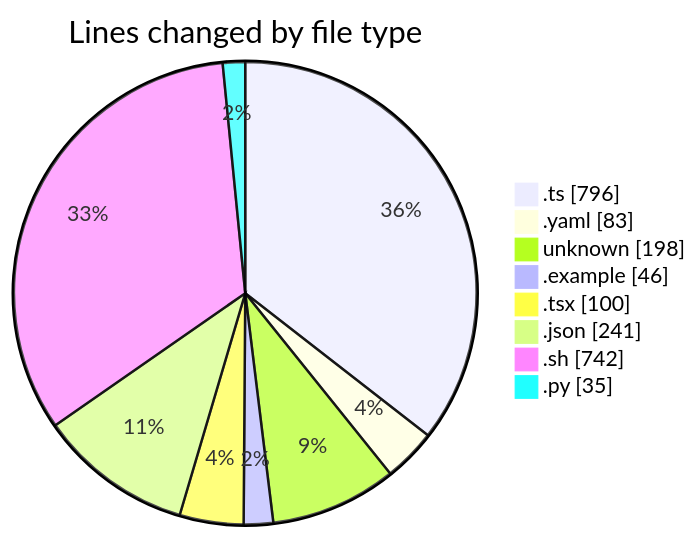
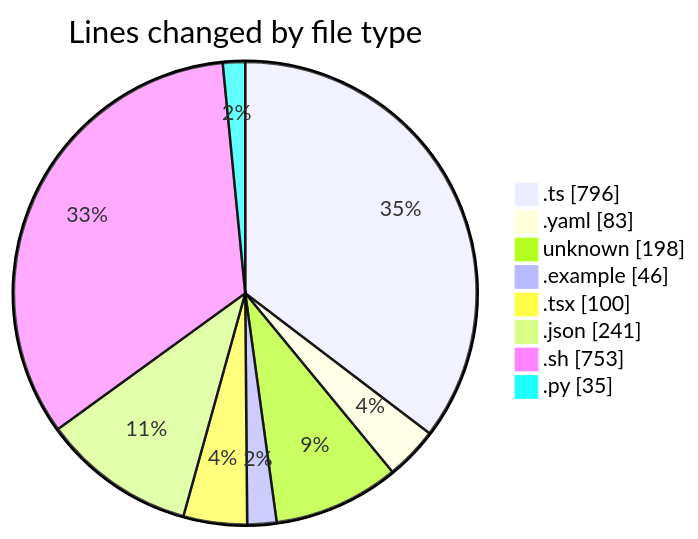
Before and after one commit to mevix1/code-tracking: the first of 2 diagrams in 2025-10-01/open-health/README.md, drawn with Mermaid. The commit also changed other lines of this file and 1 other file, not shown here.

````diff
--- a/2025-10-01/open-health/README.md
+++ b/2025-10-01/open-health/README.md
@@ -56,12 +57,12 @@
 ```mermaid
 pie showData
 title Lines changed by file type
 ".ts" : 796
 ".yaml" : 83
 "unknown" : 198
 ".example" : 46
 ".tsx" : 100
 ".json" : 241
-".sh" : 742
+".sh" : 753
 ".py" : 35
 ```
````
